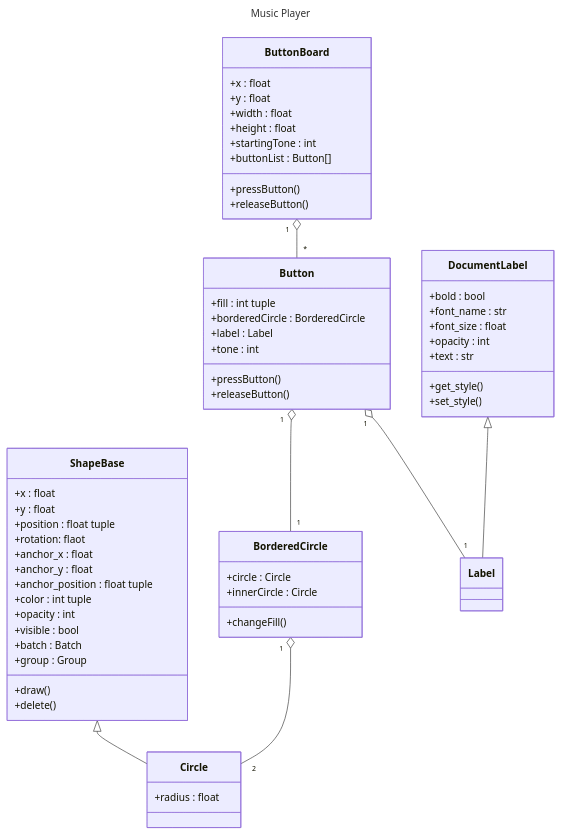
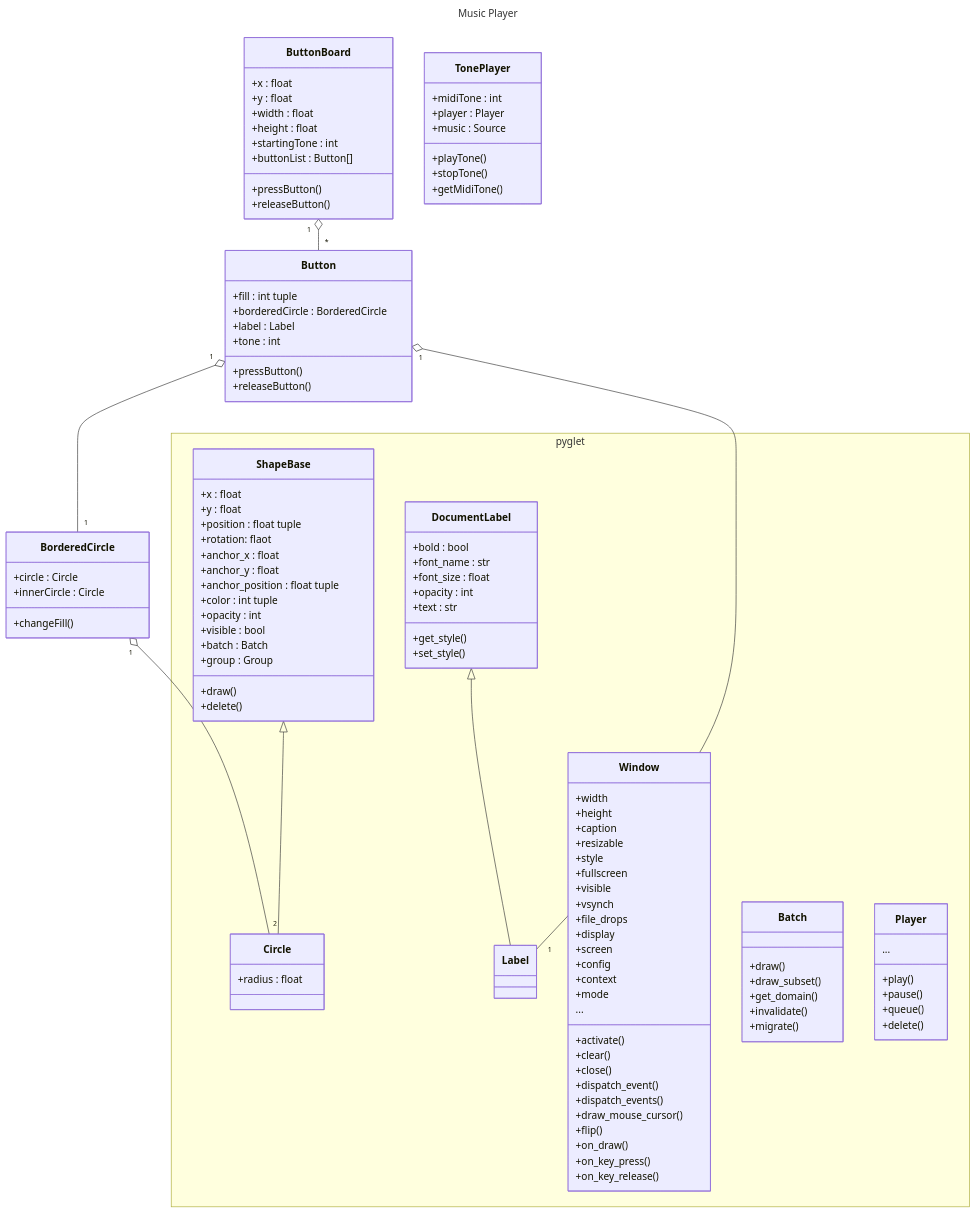
One commit to Famondir/Music-Suite changed the diagram in README.md. Above: the diagram before and after it, drawn with Mermaid. The commit also changed 1 other file, not shown here.

Commit message:
Added pyglet namespace and pyglet classes

````diff
--- a/README.md
+++ b/README.md
@@ -21,27 +21,6 @@
     Button "1" o-- "1" Label
     DocumentLabel <|-- Label
     ButtonBoard "1" o-- "*" Button
-
-    class ShapeBase {
-        +x : float
-        +y : float
-        +position : float tuple
-        +rotation: flaot
-        +anchor_x : float
-        +anchor_y : float
-        +anchor_position : float tuple
-        +color : int tuple
-        +opacity : int
-        +visible : bool
-        +batch : Batch
-        +group : Group
-        +draw()
-        +delete()
-    }
-
-    class Circle {
-        +radius : float
-    }
 
     class BorderedCircle {
         +circle : Circle
@@ -58,20 +37,6 @@
         +releaseButton()
     }
 
-    class Label {
-
-    }
-
-    class DocumentLabel {
-        +bold : bool
-        +font_name : str
-        +font_size : float
-        +opacity : int
-        +text : str
-        +get_style()
-        +set_style()
-    }
-
     class ButtonBoard {
         +x : float
         +y : float
@@ -82,4 +47,94 @@
         +pressButton()
         +releaseButton()
     }
+
+    class TonePlayer {
+        +midiTone : int
+        +player : Player
+        +music : Source
+        +playTone()
+        +stopTone()
+        +getMidiTone()
+    }
+
+    namespace pyglet {
+        class Window {
+            +width
+            +height
+            +caption
+            +resizable
+            +style
+            +fullscreen
+            +visible
+            +vsynch
+            +file_drops
+            +display
+            +screen
+            +config
+            +context
+            +mode
+            +activate()
+            +clear()
+            +close()
+            +dispatch_event()
+            +dispatch_events()
+            +draw_mouse_cursor()
+            +flip()
+            +on_draw()
+            +on_key_press()
+            +on_key_release()
+            ...
+        }
+
+        class Batch {
+            +draw()
+            +draw_subset()
+            +get_domain()
+            +invalidate()
+            +migrate()
+        }
+
+        class Player {
+            +play()
+            +pause()
+            +queue()
+            +delete()
+            ...
+        }
+
+            class Label {
+
+        }
+
+        class DocumentLabel {
+            +bold : bool
+            +font_name : str
+            +font_size : float
+            +opacity : int
+            +text : str
+            +get_style()
+            +set_style()
+        }
+
+        class ShapeBase {
+            +x : float
+            +y : float
+            +position : float tuple
+            +rotation: flaot
+            +anchor_x : float
+            +anchor_y : float
+            +anchor_position : float tuple
+            +color : int tuple
+            +opacity : int
+            +visible : bool
+            +batch : Batch
+            +group : Group
+            +draw()
+            +delete()
+        }
+
+        class Circle {
+            +radius : float
+        }
+    }
 ```
````
